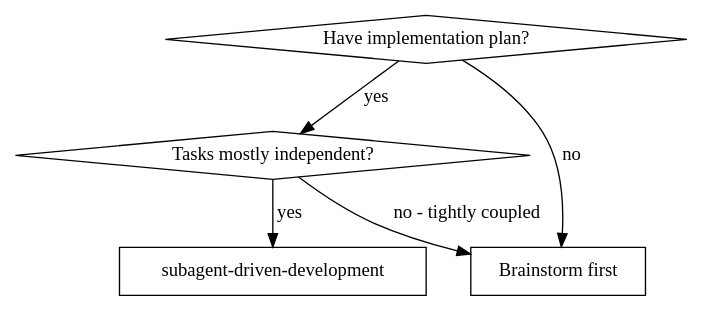
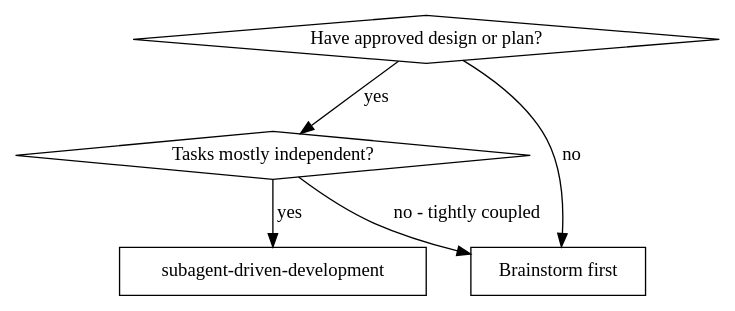
The first of 2 diagrams in opencode/.config/opencode/skills/subagent-driven-development/SKILL.md (philipobenito/dot), drawn with Graphviz before and after one commit. The commit also changed other lines of this file and 29 other files, not shown here.

````diff
--- a/opencode/.config/opencode/skills/subagent-driven-development/SKILL.md
+++ b/opencode/.config/opencode/skills/subagent-driven-development/SKILL.md
@@ -16,13 +31,13 @@
 ```dot
 digraph when_to_use {
-    "Have implementation plan?" [shape=diamond];
+    "Have approved design or plan?" [shape=diamond];
     "Tasks mostly independent?" [shape=diamond];
     "subagent-driven-development" [shape=box];
     "Brainstorm first" [shape=box];
 
-    "Have implementation plan?" -> "Tasks mostly independent?" [label="yes"];
-    "Have implementation plan?" -> "Brainstorm first" [label="no"];
+    "Have approved design or plan?" -> "Tasks mostly independent?" [label="yes"];
+    "Have approved design or plan?" -> "Brainstorm first" [label="no"];
     "Tasks mostly independent?" -> "subagent-driven-development" [label="yes"];
     "Tasks mostly independent?" -> "Brainstorm first" [label="no - tightly coupled"];
 }
 ```
````
